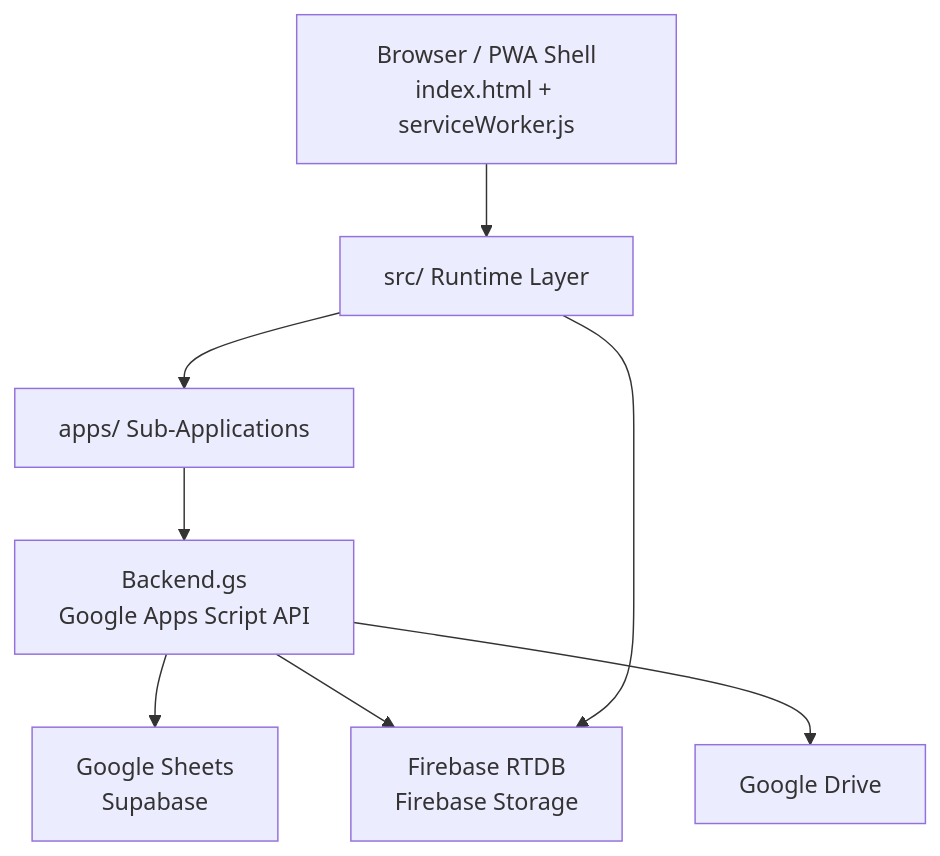
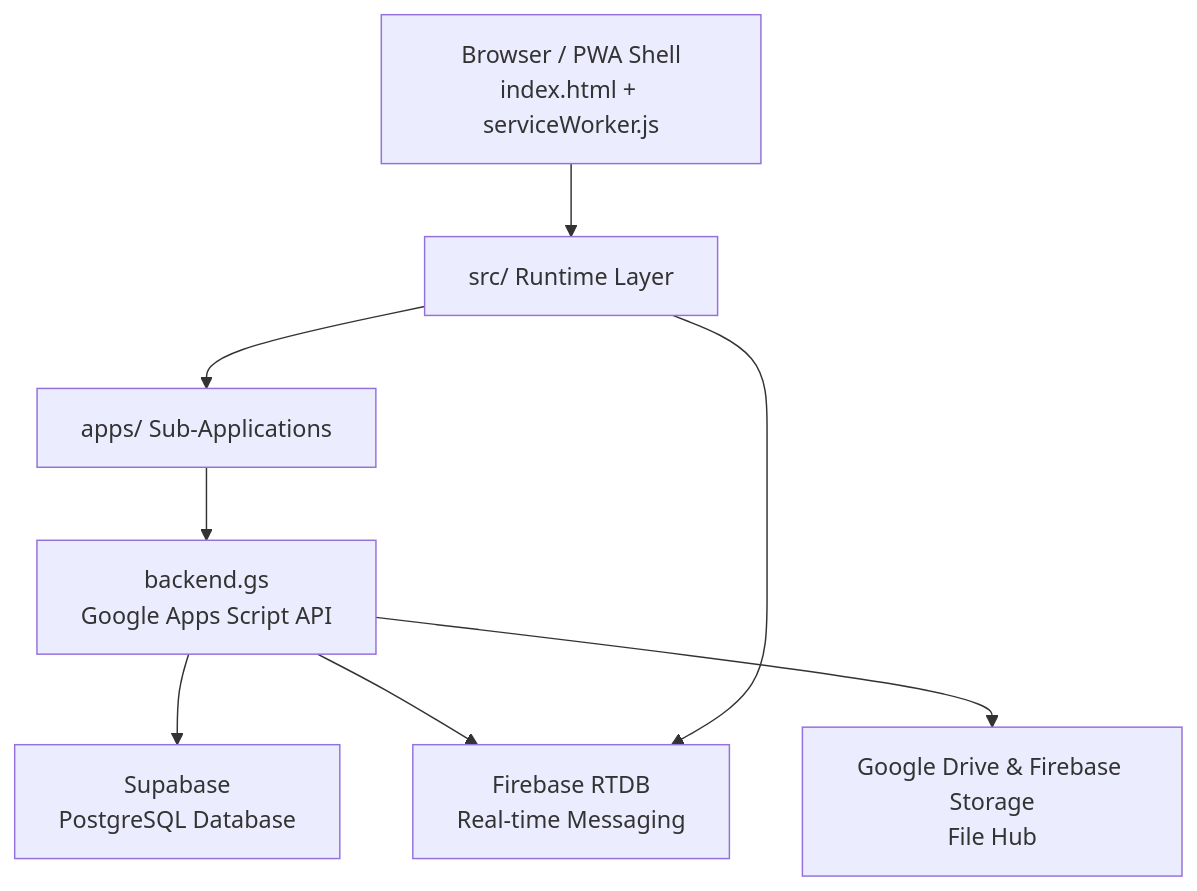
The second of 2 diagrams in README.md (ast4rt3/Centralized_SAS_repository), drawn with Mermaid before and after one commit. The commit also changed other lines of this file and 2 other files, not shown here.

````diff
--- a/README.md
+++ b/README.md
@@ -36,10 +59,10 @@
 ```mermaid
 graph TD
     A[Browser / PWA Shell<br/>index.html + serviceWorker.js] --> B[src/ Runtime Layer]
     B --> C[apps/ Sub-Applications]
-    C --> D[Backend.gs<br/>Google Apps Script API]
-    D --> E[Google Sheets<br/>Supabase]
-    D --> F[Firebase RTDB<br/>Firebase Storage]
-    D --> G[Google Drive]
+    C --> D[backend.gs<br/>Google Apps Script API]
+    D --> E[Supabase<br/>PostgreSQL Database]
+    D --> F[Firebase RTDB<br/>Real-time Messaging]
+    D --> G[Google Drive & Firebase Storage<br/>File Hub]
     B --> F
 ```
````
